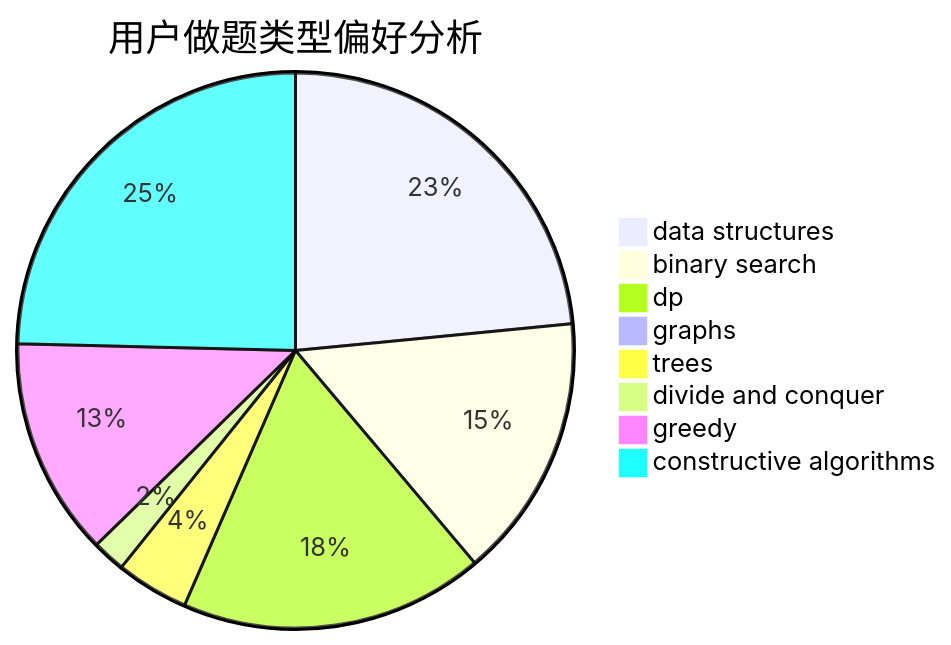
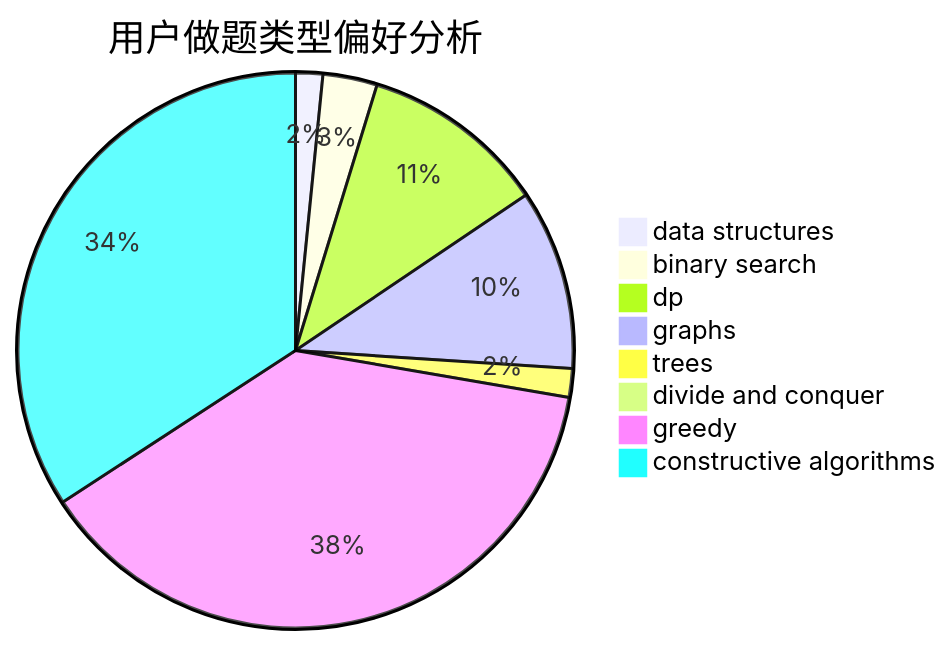
One commit to sherpahu/cfrs.github.io changed the second of 3 diagrams in docs/user/u1964.md. Above: the diagram before and after it, drawn with Mermaid. The commit also changed other lines of this file and 2770 other files, not shown here.

````diff
--- a/docs/user/u1964.md
+++ b/docs/user/u1964.md
@@ -23,11 +23,11 @@
 ```mermaid
 pie title 用户做题类型偏好分析
-    "data structures" :  61
-    "binary search" :  40
-    "dp" :  46
-    "graphs" :  1
-    "trees" :  11
-    "divide and conquer" :  5
-    "greedy" :  33
-    "constructive algorithms" :  64
+    "data structures" :  19
+    "binary search" :  38
+    "dp" :  130
+    "graphs" :  126
+    "trees" :  20
+    "divide and conquer" :  1
+    "greedy" :  458
+    "constructive algorithms" :  411
 ```
````
